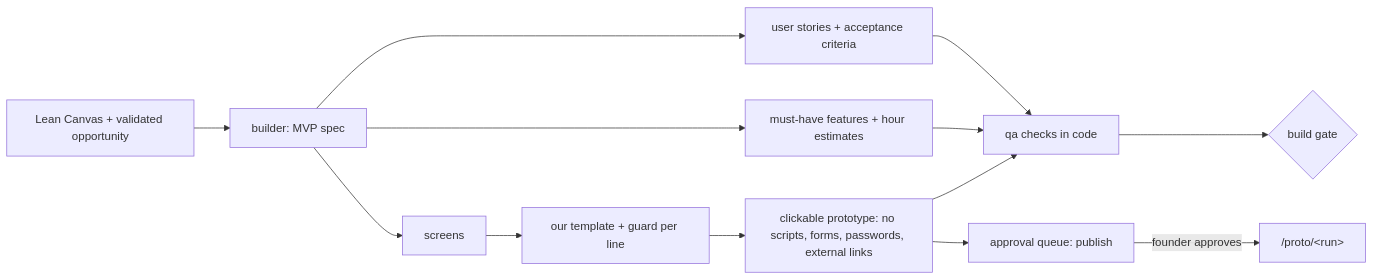
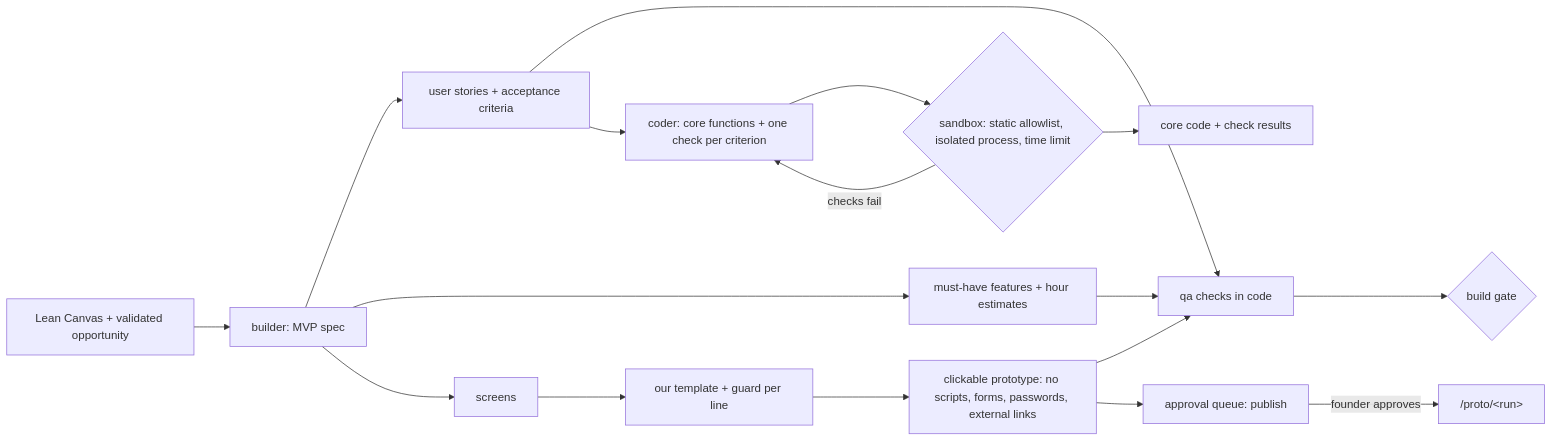
The fifth of 9 diagrams in ARCHITECTURE.md (Elgahmy1/founder-agents), drawn with Mermaid before and after one commit. The commit also changed other lines of this file and 10 other files, not shown here.

First line of the commit message:
Phase 3 step 4: coder agent writes the primary story's core code; sandbox runs it against the acceptance criteria

````diff
--- a/ARCHITECTURE.md
+++ b/ARCHITECTURE.md
@@ -135,14 +135,18 @@
 ```mermaid
 flowchart LR
     CV[Lean Canvas + validated opportunity] --> BU[builder: MVP spec]
     BU --> US[user stories + acceptance criteria]
     BU --> FE[must-have features + hour estimates]
     BU --> SC[screens]
     SC --> TP[our template + guard per line]
     TP --> PR[clickable prototype: no scripts, forms, passwords, external links]
     US --> QA[qa checks in code]
     FE --> QA
     PR --> QA
     QA --> G3{build gate}
     PR --> AQ[approval queue: publish] -- founder approves --> PX["/proto/&lt;run&gt;"]
+    US --> CO[coder: core functions + one check per criterion]
+    CO --> SB{sandbox: static allowlist, isolated process, time limit}
+    SB -- checks fail --> CO
+    SB --> CR[core code + check results]
 ```
````
